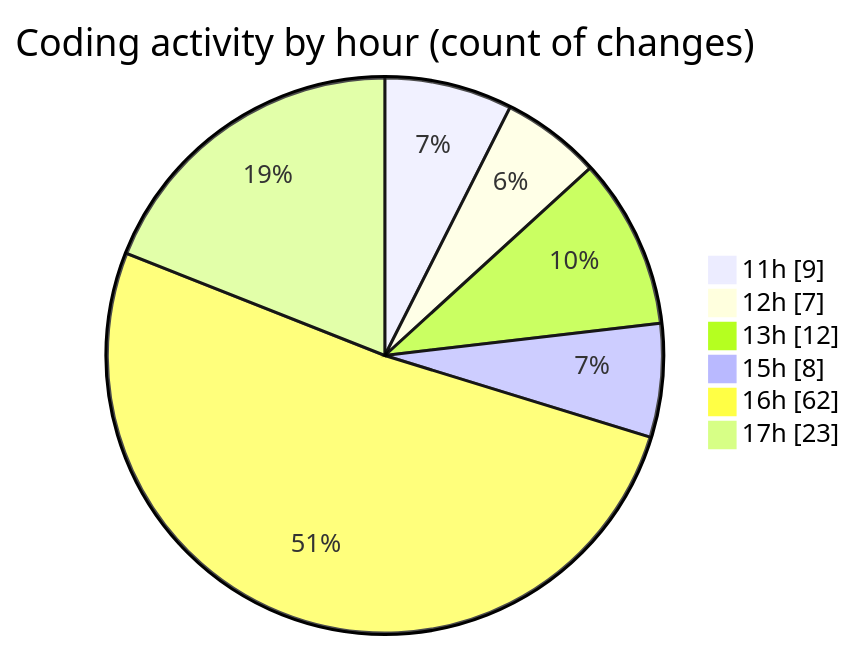
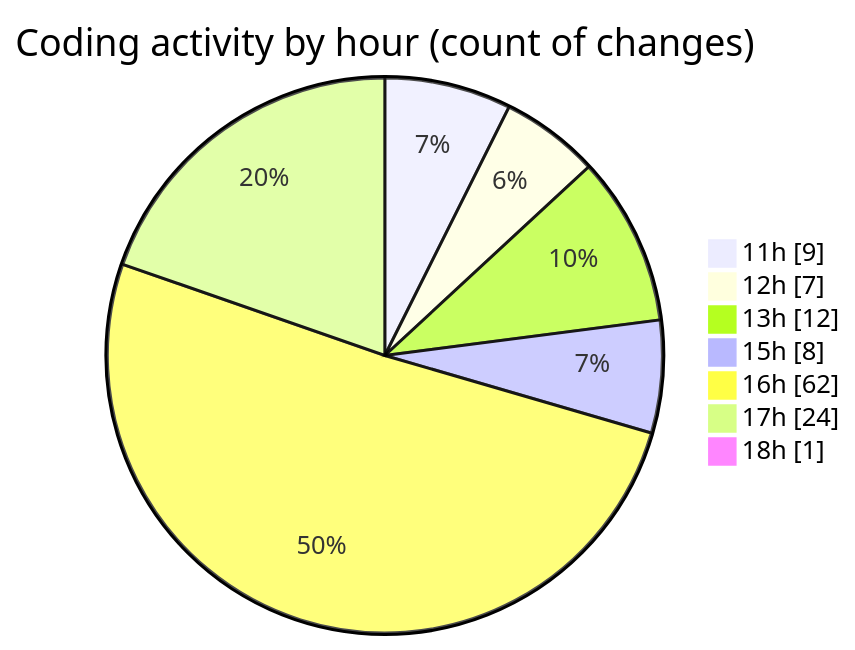
The second of 2 diagrams in 2025-08-07/ribbon/README.md (EIIisD/code-tracking), drawn with Mermaid before and after one commit. The commit also changed other lines of this file and 1 other file, not shown here.

````diff
--- a/2025-08-07/ribbon/README.md
+++ b/2025-08-07/ribbon/README.md
@@ -49,10 +49,11 @@
 ```mermaid
 pie showData
 title Coding activity by hour (count of changes)
 "11h" : 9
 "12h" : 7
 "13h" : 12
 "15h" : 8
 "16h" : 62
-"17h" : 23
+"17h" : 24
+"18h" : 1
 ```
````
